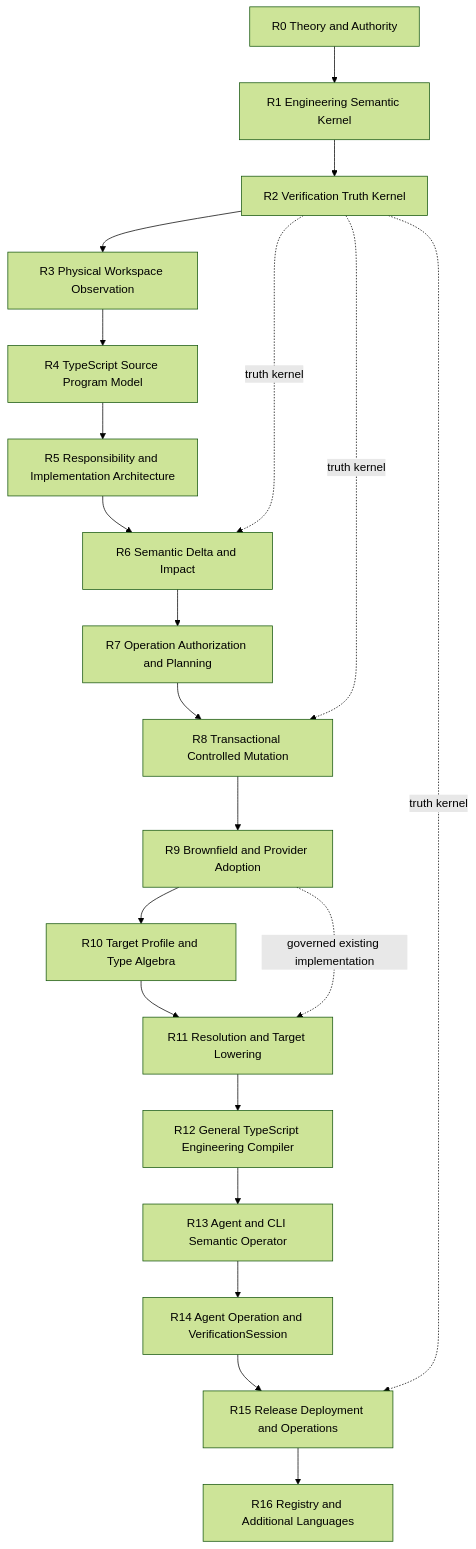
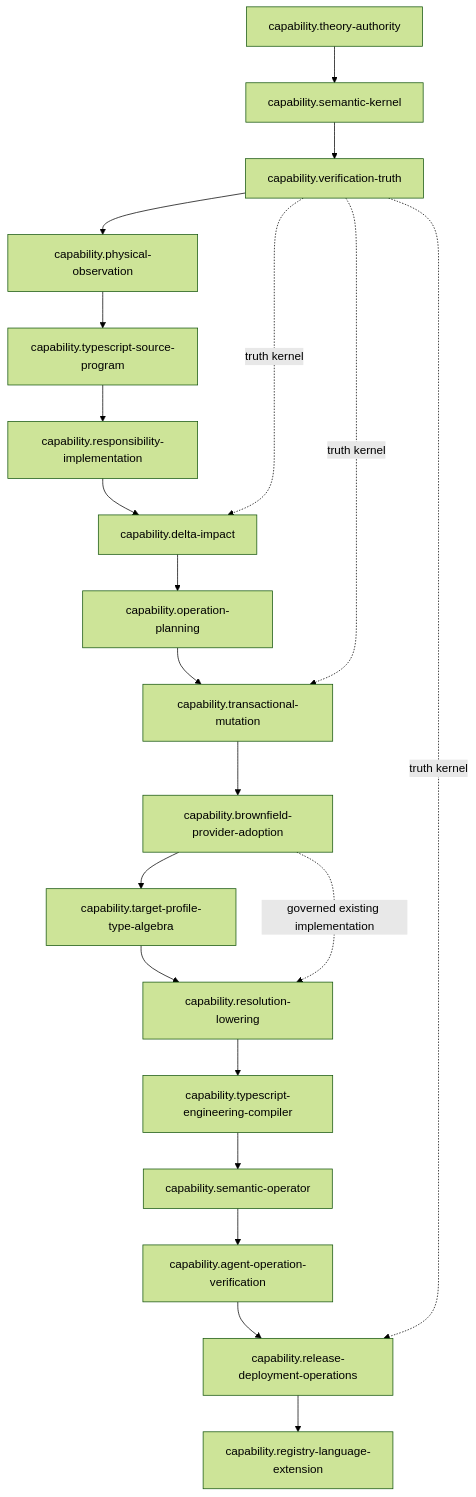
Before and after one commit to sec-platform/sec: the third of 12 diagrams in docs/roadmap/capability-dag.md, drawn with Mermaid (forest theme). The commit also changed other lines of this file and 14 other files, not shown here.

Commit message:
docs: close semantic architecture design

```diff
--- a/docs/roadmap/capability-dag.md
+++ b/docs/roadmap/capability-dag.md
@@ -86,24 +86,24 @@
 ~~~mermaid
 flowchart TD
-  R0[R0 Theory and Authority] --> R1[R1 Engineering Semantic Kernel]
-  R1 --> R2[R2 Verification Truth Kernel]
-  R2 --> R3[R3 Physical Workspace Observation]
-  R3 --> R4[R4 TypeScript Source Program Model]
-  R4 --> R5[R5 Responsibility and Implementation Architecture]
-  R5 --> R6[R6 Semantic Delta and Impact]
-  R6 --> R7[R7 Operation Authorization and Planning]
-  R7 --> R8[R8 Transactional Controlled Mutation]
-  R8 --> R9[R9 Brownfield and Provider Adoption]
-  R9 --> R10[R10 Target Profile and Type Algebra]
-  R10 --> R11[R11 Resolution and Target Lowering]
-  R11 --> R12[R12 General TypeScript Engineering Compiler]
-  R12 --> R13[R13 Agent and CLI Semantic Operator]
-  R13 --> R14[R14 Agent Operation and VerificationSession]
-  R14 --> R15[R15 Release Deployment and Operations]
-  R15 --> R16[R16 Registry and Additional Languages]
+  THEORY[capability.theory-authority] --> SEMANTIC[capability.semantic-kernel]
+  SEMANTIC --> TRUTH[capability.verification-truth]
+  TRUTH --> PHYSICAL[capability.physical-observation]
+  PHYSICAL --> SOURCE[capability.typescript-source-program]
+  SOURCE --> RESPONSIBILITY[capability.responsibility-implementation]
+  RESPONSIBILITY --> DELTA[capability.delta-impact]
+  DELTA --> PLAN[capability.operation-planning]
+  PLAN --> MUTATION[capability.transactional-mutation]
+  MUTATION --> ADOPTION[capability.brownfield-provider-adoption]
+  ADOPTION --> TARGET[capability.target-profile-type-algebra]
+  TARGET --> RESOLUTION[capability.resolution-lowering]
+  RESOLUTION --> COMPILER[capability.typescript-engineering-compiler]
+  COMPILER --> OPERATOR[capability.semantic-operator]
+  OPERATOR --> AGENT[capability.agent-operation-verification]
+  AGENT --> RELEASE[capability.release-deployment-operations]
+  RELEASE --> EXTENSION[capability.registry-language-extension]
 
-  R9 -. governed existing implementation .-> R11
-  R2 -. truth kernel .-> R6
-  R2 -. truth kernel .-> R8
-  R2 -. truth kernel .-> R15
+  ADOPTION -. governed existing implementation .-> RESOLUTION
+  TRUTH -. truth kernel .-> DELTA
+  TRUTH -. truth kernel .-> MUTATION
+  TRUTH -. truth kernel .-> RELEASE
 ~~~
```
